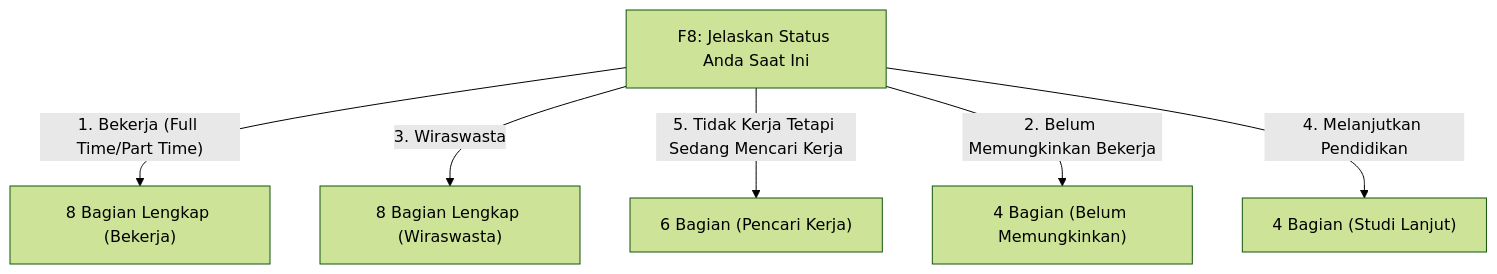
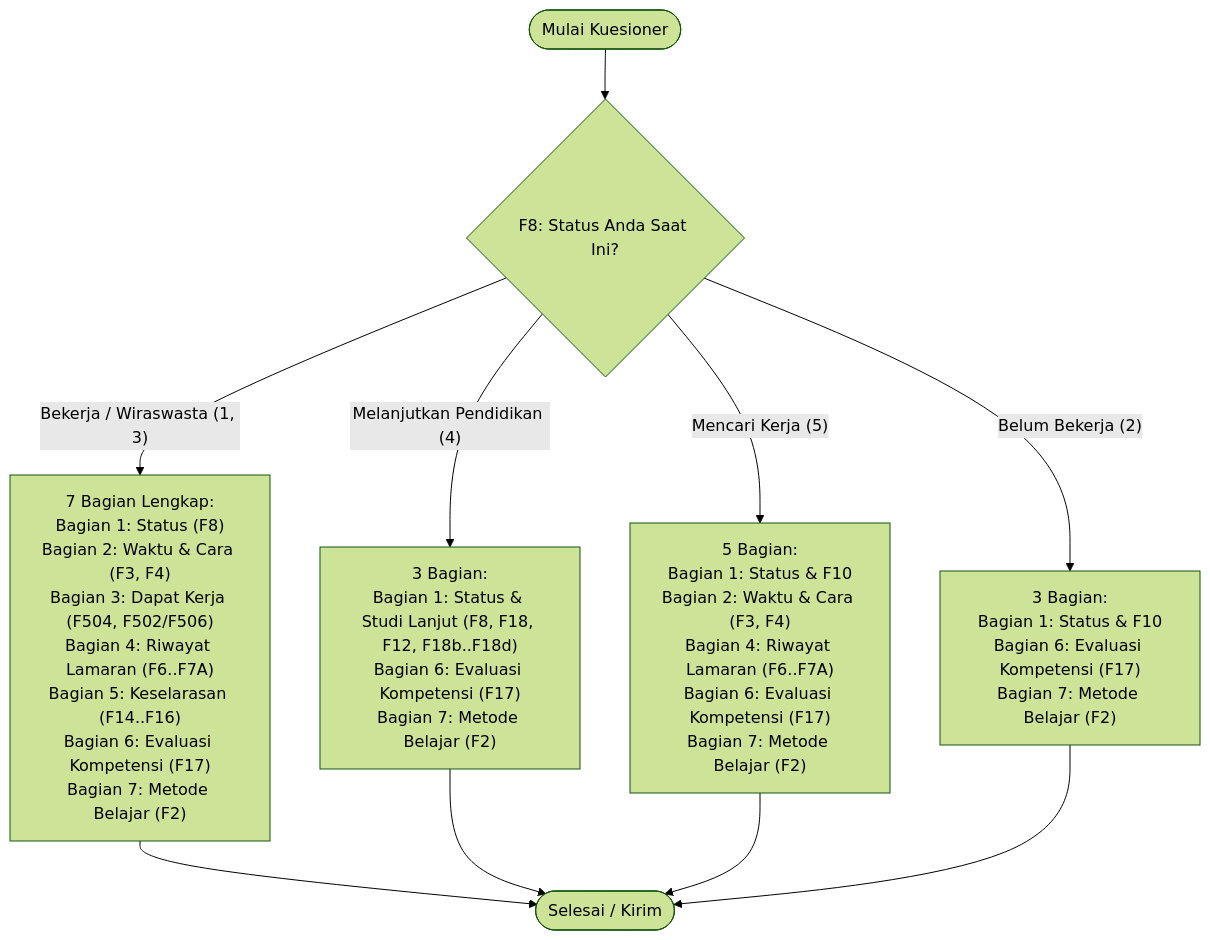
One commit to claraanjelitakd/tracer-ta changed the diagram in KUESIONER.md. Above: the diagram before and after it, drawn with Mermaid (forest theme). The commit also changed other lines of this file and 33 other files, not shown here.

````diff
--- a/KUESIONER.md
+++ b/KUESIONER.md
@@ -42,10 +58,17 @@
 ```mermaid
 graph TD
-    F8["F8: Jelaskan Status Anda Saat Ini"]
+    Start(["Mulai Kuesioner"]) --> F8{"F8: Status Anda Saat Ini?"}
     
-    F8 -->|"1. Bekerja (Full Time/Part Time)"| S1["8 Bagian Lengkap (Bekerja)"]
-    F8 -->|"3. Wiraswasta"| S3["8 Bagian Lengkap (Wiraswasta)"]
-    F8 -->|"5. Tidak Kerja Tetapi Sedang Mencari Kerja"| S5["6 Bagian (Pencari Kerja)"]
-    F8 -->|"2. Belum Memungkinkan Bekerja"| S2["4 Bagian (Belum Memungkinkan)"]
-    F8 -->|"4. Melanjutkan Pendidikan"| S4["4 Bagian (Studi Lanjut)"]
+    F8 -->|"Bekerja / Wiraswasta (1, 3)"| PathWork["7 Bagian Lengkap:<br>Bagian 1: Status (F8)<br>Bagian 2: Waktu & Cara (F3, F4)<br>Bagian 3: Dapat Kerja (F504, F502/F506)<br>Bagian 4: Riwayat Lamaran (F6..F7A)<br>Bagian 5: Keselarasan (F14..F16)<br>Bagian 6: Evaluasi Kompetensi (F17)<br>Bagian 7: Metode Belajar (F2)"]
+    
+    F8 -->|"Melanjutkan Pendidikan (4)"| PathStudi["3 Bagian:<br>Bagian 1: Status & Studi Lanjut (F8, F18, F12, F18b..F18d)<br>Bagian 6: Evaluasi Kompetensi (F17)<br>Bagian 7: Metode Belajar (F2)"]
+    
+    F8 -->|"Mencari Kerja (5)"| PathMencari["5 Bagian:<br>Bagian 1: Status & F10<br>Bagian 2: Waktu & Cara (F3, F4)<br>Bagian 4: Riwayat Lamaran (F6..F7A)<br>Bagian 6: Evaluasi Kompetensi (F17)<br>Bagian 7: Metode Belajar (F2)"]
+    
+    F8 -->|"Belum Bekerja (2)"| PathBelum["3 Bagian:<br>Bagian 1: Status & F10<br>Bagian 6: Evaluasi Kompetensi (F17)<br>Bagian 7: Metode Belajar (F2)"]
+    
+    PathWork --> Finish(["Selesai / Kirim"])
+    PathStudi --> Finish
+    PathMencari --> Finish
+    PathBelum --> Finish
 ```
````
